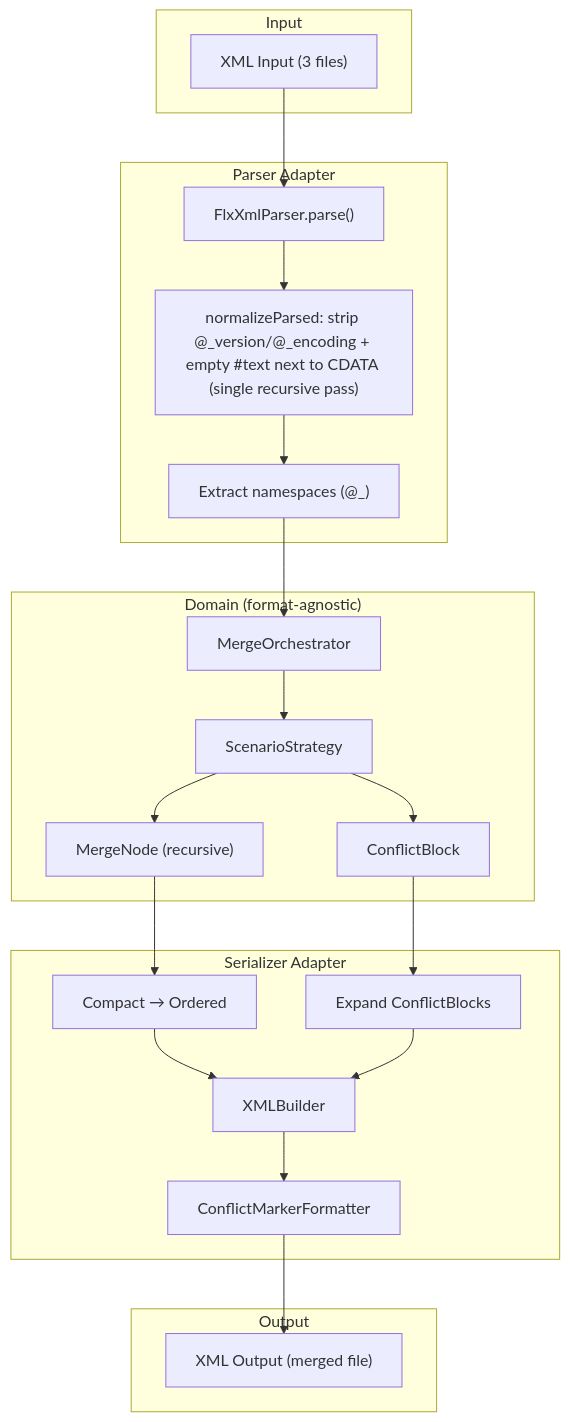
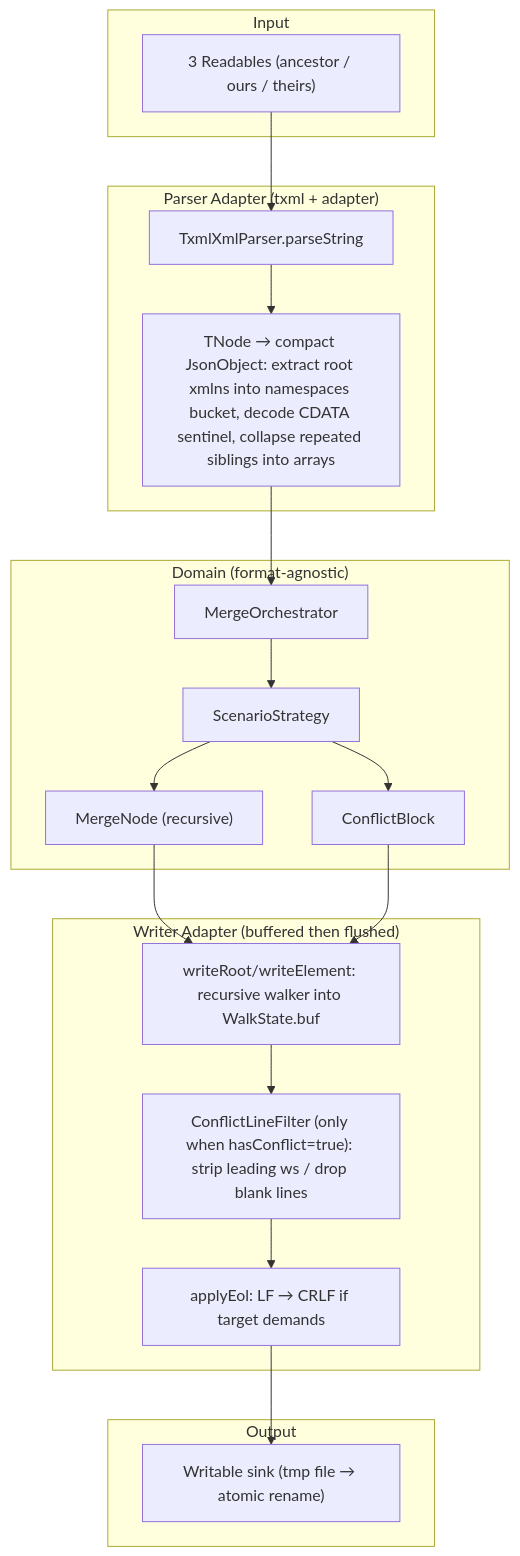
One commit to scolladon/sf-git-merge-driver changed the sixth of 8 diagrams in DESIGN.md. Above: the diagram before and after it, drawn with Mermaid. The commit also changed other lines of this file and 179 other files, not shown here.

Commit message:
feat(pipeline): streaming XML (parse + write) (#189)

````diff
--- a/DESIGN.md
+++ b/DESIGN.md
@@ -275,40 +279,36 @@
 ```mermaid
 flowchart TD
     subgraph Input
-        XML["XML Input (3 files)"]
+        XML["3 Readables (ancestor / ours / theirs)"]
     end
 
-    subgraph "Parser Adapter"
-        Parse["FlxXmlParser.parse()"]
-        Normalize["normalizeParsed: strip @_version/@_encoding + empty #text next to CDATA (single recursive pass)"]
-        Extract["Extract namespaces (@_)"]
+    subgraph "Parser Adapter (txml + adapter)"
+        Parse["TxmlXmlParser.parseString"]
+        Normalise["TNode → compact JsonObject: extract root xmlns into namespaces bucket, decode CDATA sentinel, collapse repeated siblings into arrays"]
     end
 
     subgraph "Domain (format-agnostic)"
         Orchestrator["MergeOrchestrator"]
         Strategy["ScenarioStrategy"]
         Nodes["MergeNode (recursive)"]
         Conflict["ConflictBlock"]
     end
 
-    subgraph "Serializer Adapter"
-        Convert["Compact → Ordered"]
-        Expand["Expand ConflictBlocks"]
-        Build["XMLBuilder"]
-        Format["ConflictMarkerFormatter"]
+    subgraph "Writer Adapter (buffered then flushed)"
+        Walk["writeRoot/writeElement: recursive walker into WalkState.buf"]
+        Filter["ConflictLineFilter (only when hasConflict=true): strip leading ws / drop blank lines"]
+        Eol["applyEol: LF → CRLF if target demands"]
     end
 
     subgraph Output
-        Result["XML Output (merged file)"]
+        Result["Writable sink (tmp file → atomic rename)"]
     end
 
-    XML --> Parse --> Normalize --> Extract --> Orchestrator
+    XML --> Parse --> Normalise --> Orchestrator
     Orchestrator --> Strategy
     Strategy --> Nodes
     Strategy --> Conflict
-    Nodes --> Convert
-    Conflict --> Expand
-    Convert --> Build
-    Expand --> Build
-    Build --> Format --> Result
+    Nodes --> Walk
+    Conflict --> Walk
+    Walk --> Filter --> Eol --> Result
 ```
````
